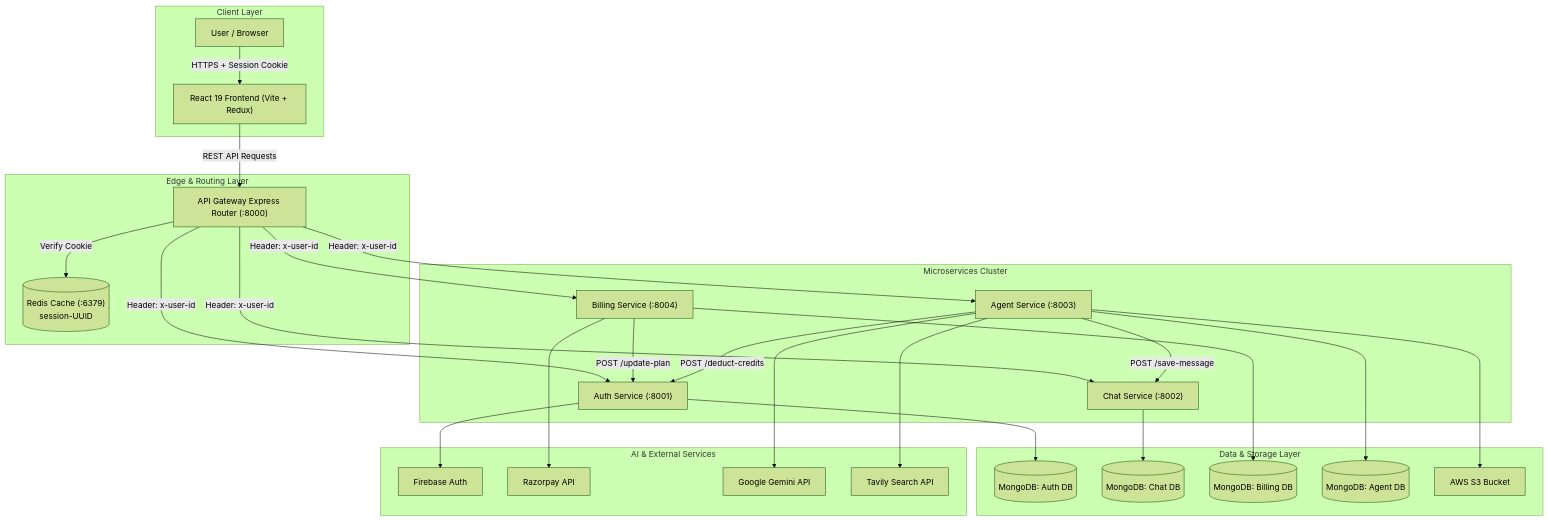
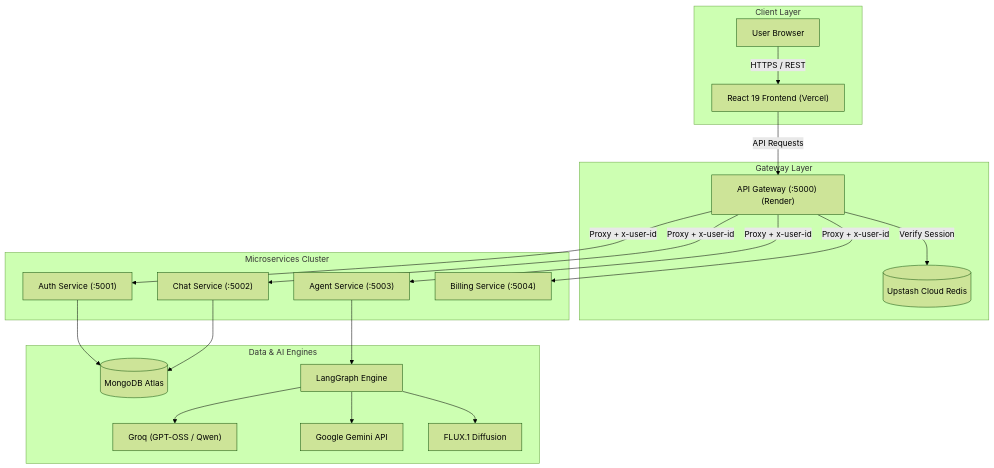
The diagram in README.md (nirmal168/AuraMind-AI-multi-agent-ai-platform-), drawn with Mermaid (forest theme) before and after one commit. The commit also changed other lines of this file, not shown here.

Commit message:
Streamline and clean README.md with concise architecture and updated live endpoints

````diff
--- a/README.md
+++ b/README.md
@@ -125,36 +34,27 @@
 ```mermaid
 flowchart TD
     subgraph Client Layer
-        User["User / Browser"] -->|HTTPS + Session Cookie| ReactApp["React 19 Frontend (Vite + Redux)"]
+        Browser["User Browser"] -->|HTTPS / REST| Frontend["React 19 Frontend (Vercel)"]
     end
 
-    subgraph Edge & Routing Layer
-        ReactApp -->|REST API Requests| Gateway["API Gateway Express Router (:8000)"]
-        Gateway -->|Verify Cookie| RedisSession[("Redis Cache (:6379)\nsession-UUID")]
+    subgraph Gateway Layer
+        Frontend -->|API Requests| Gateway["API Gateway (:5000) (Render)"]
+        Gateway -->|Verify Session| Redis[("Upstash Cloud Redis")]
     end
 
     subgraph Microservices Cluster
-        Gateway -->|Header: x-user-id| AuthSvc["Auth Service (:8001)"]
-        Gateway -->|Header: x-user-id| ChatSvc["Chat Service (:8002)"]
-        Gateway -->|Header: x-user-id| AgentSvc["Agent Service (:8003)"]
-        Gateway -->|Header: x-user-id| BillingSvc["Billing Service (:8004)"]
+        Gateway -->|Proxy + x-user-id| AuthSvc["Auth Service (:5001)"]
+        Gateway -->|Proxy + x-user-id| ChatSvc["Chat Service (:5002)"]
+        Gateway -->|Proxy + x-user-id| AgentSvc["Agent Service (:5003)"]
+        Gateway -->|Proxy + x-user-id| BillingSvc["Billing Service (:5004)"]
     end
 
-    subgraph Data & Storage Layer
-        AuthSvc --> AuthDB[("MongoDB: Auth DB")]
-        ChatSvc --> ChatDB[("MongoDB: Chat DB")]
-        BillingSvc --> BillingDB[("MongoDB: Billing DB")]
-        AgentSvc --> AgentDB[("MongoDB: Agent DB")]
-        AgentSvc --> S3["AWS S3 Bucket"]
-    end
-
-    subgraph AI & External Services
-        AuthSvc --> Firebase["Firebase Auth"]
-        BillingSvc --> Razorpay["Razorpay API"]
-        BillingSvc -->|POST /update-plan| AuthSvc
-        AgentSvc --> Gemini["Google Gemini API"]
-        AgentSvc --> Tavily["Tavily Search API"]
-        AgentSvc -->|POST /save-message| ChatSvc
-        AgentSvc -->|POST /deduct-credits| AuthSvc
+    subgraph Data & AI Engines
+        AuthSvc --> MongoDB[("MongoDB Atlas")]
+        ChatSvc --> MongoDB
+        AgentSvc --> LangGraph["LangGraph Engine"]
+        LangGraph --> Groq["Groq (GPT-OSS / Qwen)"]
+        LangGraph --> Gemini["Google Gemini API"]
+        LangGraph --> Pollinations["FLUX.1 Diffusion"]
     end
 ```
````
